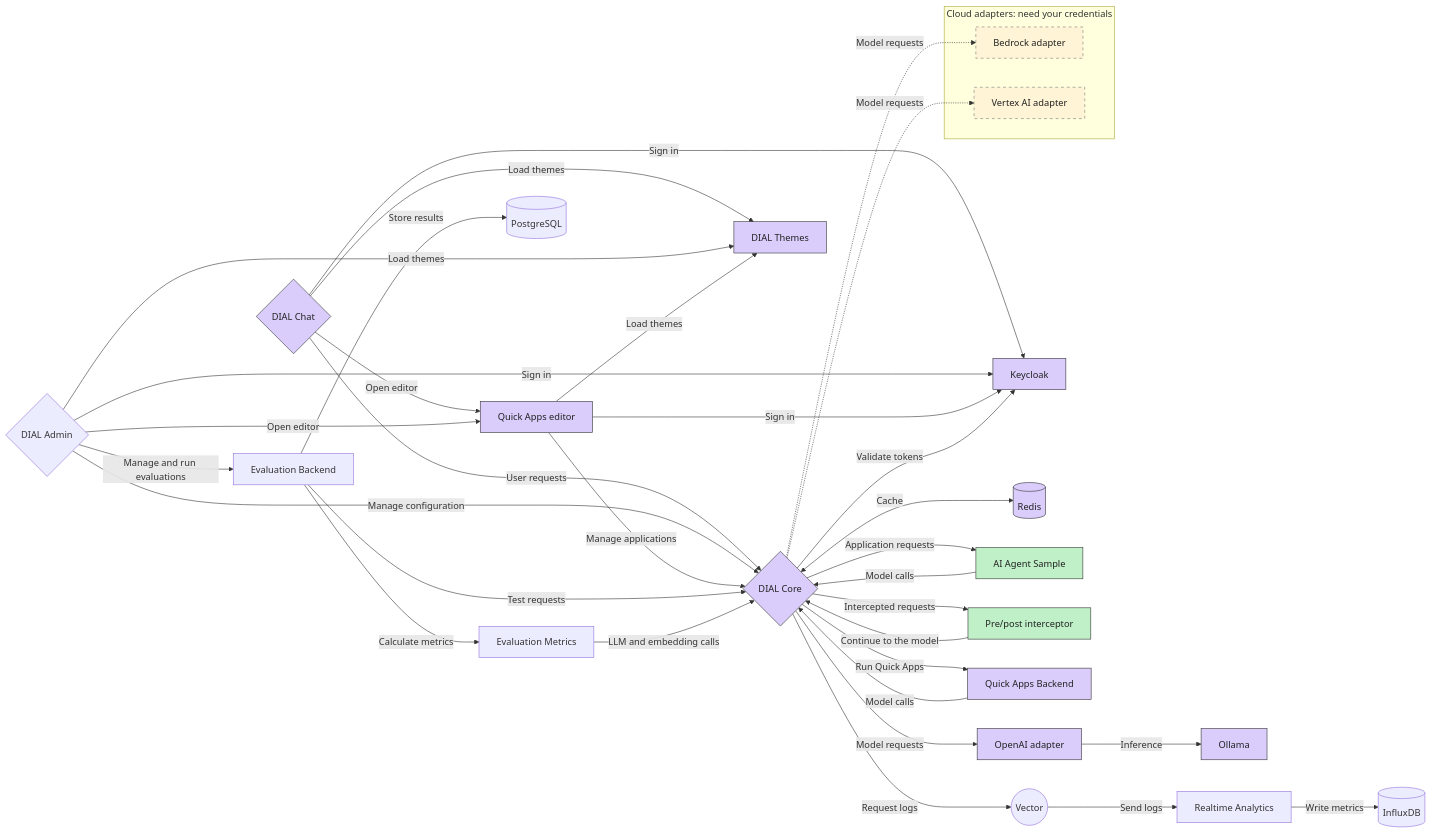
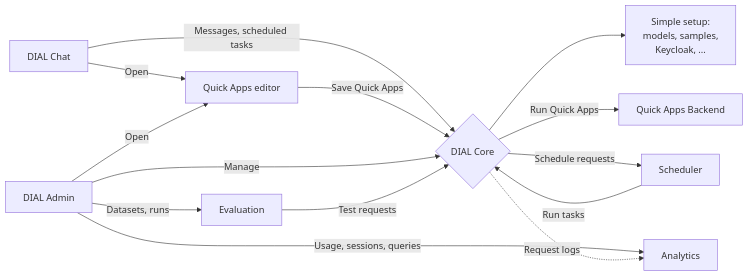
Before and after one commit to epam/ai-dial-samples: the diagram in 2-dial-advanced-setup/README.md, drawn with Mermaid. The commit also changed other lines of this file and 41 other files, not shown here.

First line of the commit message:
Store models and apps in Core and simplify the docs

````diff
--- a/2-dial-advanced-setup/README.md
+++ b/2-dial-advanced-setup/README.md
@@ -86,62 +74,25 @@
 ```mermaid
 flowchart LR
-    chat{DIAL Chat}
-    admin{DIAL Admin}
+    chat[DIAL Chat]
+    admin[DIAL Admin]
     editor[Quick Apps editor]
     core{DIAL Core}
-    keycloak[Keycloak]
-    themes[DIAL Themes]
-    redis[(Redis)]
-    openai[OpenAI adapter]
-    ollama[Ollama]
-    agent[AI Agent Sample]
-    interceptor[Pre/post interceptor]
+    simple[Simple setup:<br/>models, samples,<br/>Keycloak, ...]
     quickapps[Quick Apps Backend]
-    vector((Vector))
-    analytics[Realtime Analytics]
-    influx[(InfluxDB)]
-    evaluation[Evaluation Backend]
-    metrics[Evaluation Metrics]
-    postgres[(PostgreSQL)]
+    scheduler[Scheduler]
+    evaluation[Evaluation]
+    analytics[Analytics]
 
-    subgraph cloud[Cloud adapters: need your credentials]
-        bedrock[Bedrock adapter]
-        vertex[Vertex AI adapter]
-    end
-
-    chat -->|User requests| core
-    admin -->|Manage configuration| core
-    chat & admin -->|Open editor| editor
-    editor -->|Manage applications| core
-    chat & admin & editor -->|Sign in| keycloak
-    chat & admin & editor -->|Load themes| themes
-    core -->|Validate tokens| keycloak
-    core <-->|Cache| redis
-
-    core -->|Model requests| openai
-    openai -->|Inference| ollama
-    core -->|Application requests| agent
-    agent -->|Model calls| core
-    core -->|Intercepted requests| interceptor
-    interceptor -->|Continue to the model| core
+    chat -->|Messages, scheduled tasks| core
+    chat & admin -->|Open| editor
+    editor -->|Save Quick Apps| core
+    admin -->|Manage| core
+    admin -->|Datasets, runs| evaluation
+    admin -->|Usage, sessions, queries| analytics
+    core --> simple
     core -->|Run Quick Apps| quickapps
-    quickapps -->|Model calls| core
-    core -.->|Model requests| bedrock
-    core -.->|Model requests| vertex
-
-    core -->|Request logs| vector
-    vector -->|Send logs| analytics
-    analytics -->|Write metrics| influx
-    admin -->|Manage and run evaluations| evaluation
+    core -->|Schedule requests| scheduler
+    scheduler -->|Run tasks| core
     evaluation -->|Test requests| core
-    evaluation -->|Calculate metrics| metrics
-    evaluation -->|Store results| postgres
-    metrics -->|LLM and embedding calls| core
-
-    classDef simple fill:#dacdfc,stroke:#333,color:#222
-    classDef sample fill:#bff0c7,stroke:#333,color:#222
-    classDef cloudService fill:#fff4d6,stroke:#777,stroke-dasharray:5 5,color:#222
-    class chat,editor,core,keycloak,themes,redis,openai,ollama,quickapps simple
-    class agent,interceptor sample
-    class bedrock,vertex cloudService
+    core -.->|Request logs| analytics
 ```
````
